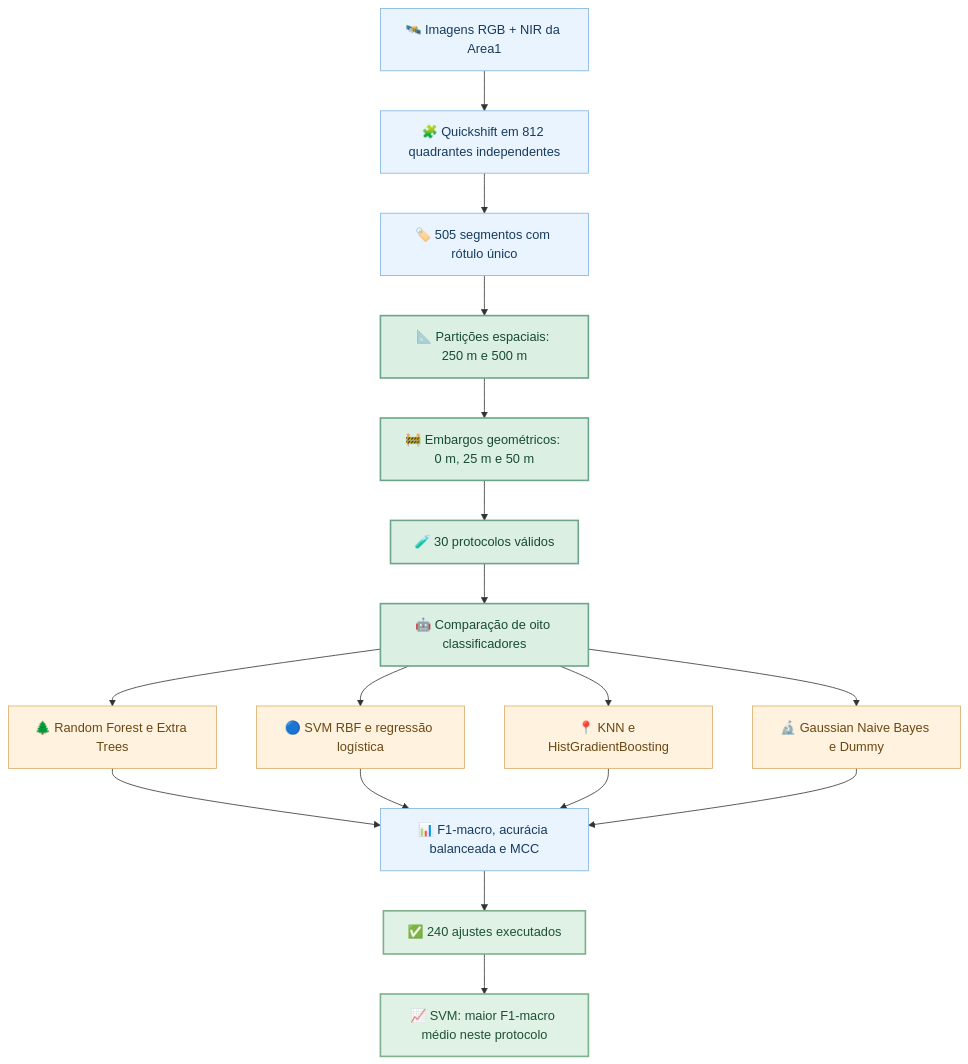
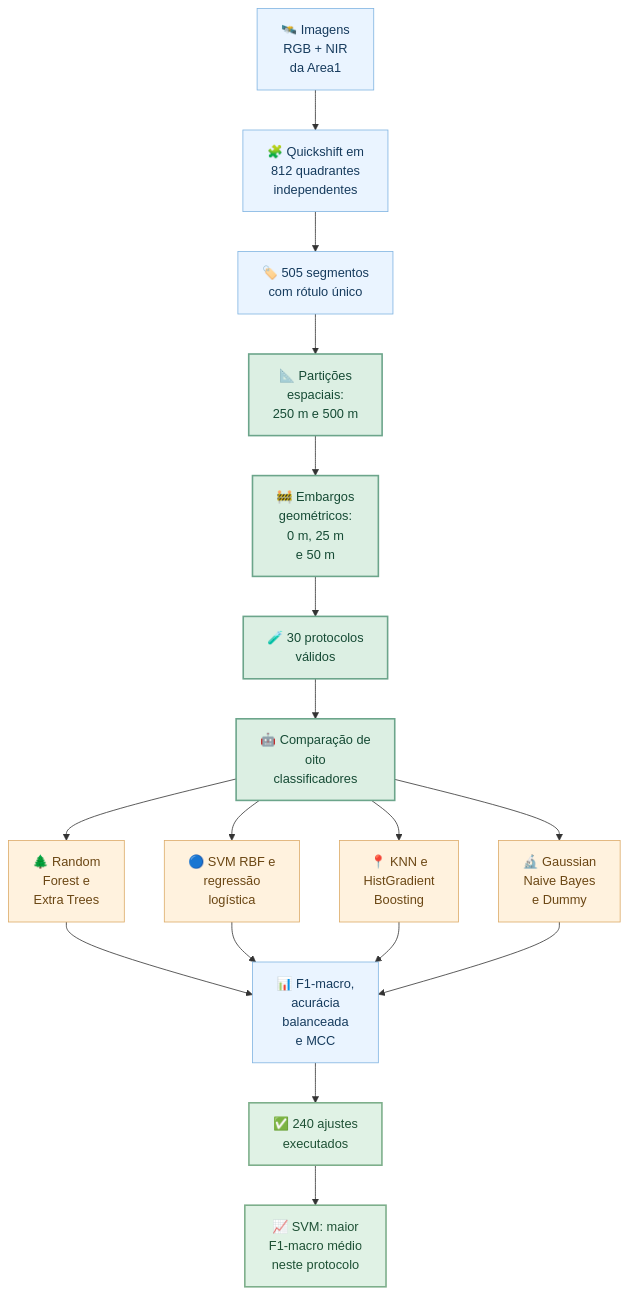
The third of 5 diagrams in README.md (BrenoBragaGalvao/mestrado-arvores-urbanas), drawn with Mermaid before and after one commit. The commit also changed other lines of this file, not shown here.

Commit message:
fix(readme): quebrar labels de todos os fluxogramas Mermaid para evitar texto cortado

````diff
--- a/README.md
+++ b/README.md
@@ -293,28 +293,28 @@
 ```mermaid
 flowchart TD
-    A["🛰️ Imagens RGB + NIR da Area1"] --> B["🧩 Quickshift em 812 quadrantes independentes"]
-    B --> C["🏷️ 505 segmentos com rótulo único"]
-    C --> D["📐 Partições espaciais: 250 m e 500 m"]
-    D --> E["🚧 Embargos geométricos: 0 m, 25 m e 50 m"]
-    E --> F["🧪 30 protocolos válidos"]
-    F --> G["🤖 Comparação de oito classificadores"]
-    G --> H["🌲 Random Forest e Extra Trees"]
-    G --> I["🔵 SVM RBF e regressão logística"]
-    G --> J["📍 KNN e HistGradientBoosting"]
-    G --> K["🔬 Gaussian Naive Bayes e Dummy"]
-    H --> L["📊 F1-macro, acurácia balanceada e MCC"]
+    A["🛰️ Imagens<br/>RGB + NIR<br/>da Area1"] --> B["🧩 Quickshift em<br/>812 quadrantes<br/>independentes"]
+    B --> C["🏷️ 505 segmentos<br/>com rótulo único"]
+    C --> D["📐 Partições<br/>espaciais:<br/>250 m e 500 m"]
+    D --> E["🚧 Embargos<br/>geométricos:<br/>0 m, 25 m<br/>e 50 m"]
+    E --> F["🧪 30 protocolos<br/>válidos"]
+    F --> G["🤖 Comparação de<br/>oito<br/>classificadores"]
+    G --> H["🌲 Random<br/>Forest e<br/>Extra Trees"]
+    G --> I["🔵 SVM RBF e<br/>regressão<br/>logística"]
+    G --> J["📍 KNN e<br/>HistGradient<br/>Boosting"]
+    G --> K["🔬 Gaussian<br/>Naive Bayes<br/>e Dummy"]
+    H --> L["📊 F1-macro,<br/>acurácia<br/>balanceada<br/>e MCC"]
     I --> L
     J --> L
     K --> L
-    L --> M["✅ 240 ajustes executados"]
-    M --> N["📈 SVM: maior F1-macro médio neste protocolo"]
+    L --> M["✅ 240 ajustes<br/>executados"]
+    M --> N["📈 SVM: maior<br/>F1-macro médio<br/>neste protocolo"]
 
     classDef entrada fill:#eaf4ff,stroke:#80b4e2,color:#163b5d,stroke-width:1px;
     classDef etapa fill:#dcefe3,stroke:#6ca58b,color:#164b35,stroke-width:2px;
     classDef tecnica fill:#fff2de,stroke:#dcab68,color:#6b4714,stroke-width:1px;
     classDef resultado fill:#e0f2e5,stroke:#7daf8b,color:#1e5135,stroke-width:2px;
     class A,B,C,L entrada;
     class D,E,F,G etapa;
     class H,I,J,K tecnica;
     class M,N resultado;
 ```
````
